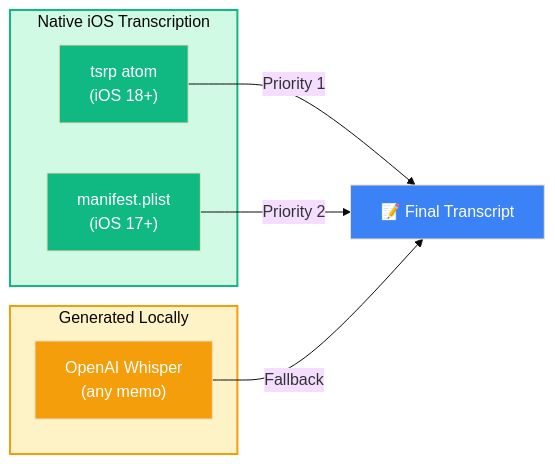
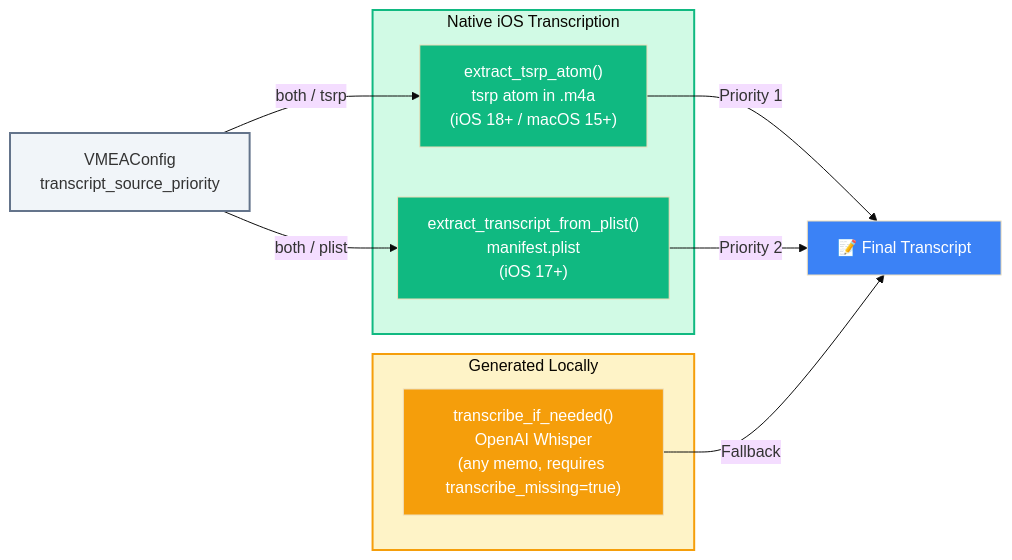
The diagram in docs/diagrams/transcript-source-priority-diagram.md (klappe-pm/Apple-Voice-Memo-Export-to-Markdown), drawn with Mermaid before and after one commit. The commit also changed other lines of this file and 12 other files, not shown here.

First line of the commit message:
Restructure docs: simplify README, add dedicated guide files, update diagrams

````diff
--- a/docs/diagrams/transcript-source-priority-diagram.md
+++ b/docs/diagrams/transcript-source-priority-diagram.md
@@ -5,24 +5,30 @@
 ```mermaid
 %%{init: {'theme': 'base'}}%%
 flowchart LR
+    CONFIG["VMEAConfig<br/>transcript_source_priority"]
+
     subgraph Native["Native iOS Transcription"]
-        TSRP["tsrp atom<br/>(iOS 18+)"]
-        PLIST["manifest.plist<br/>(iOS 17+)"]
+        TSRP["extract_tsrp_atom()<br/>tsrp atom in .m4a<br/>(iOS 18+ / macOS 15+)"]
+        PLIST["extract_transcript_from_plist()<br/>manifest.plist<br/>(iOS 17+)"]
     end
     
     subgraph Generated["Generated Locally"]
-        WHISPER["OpenAI Whisper<br/>(any memo)"]
+        WHISPER["transcribe_if_needed()<br/>OpenAI Whisper<br/>(any memo, requires transcribe_missing=true)"]
     end
+
+    CONFIG -->|"both / tsrp"| TSRP
+    CONFIG -->|"both / plist"| PLIST
     
     TSRP -->|"Priority 1"| TRANSCRIPT
     PLIST -->|"Priority 2"| TRANSCRIPT
     WHISPER -->|"Fallback"| TRANSCRIPT
     TRANSCRIPT["📝 Final Transcript"]
     
+    style CONFIG fill:#f1f5f9,stroke:#64748b,stroke-width:2px
     style Native fill:#d1fae5,stroke:#10b981,stroke-width:2px
     style Generated fill:#fef3c7,stroke:#f59e0b,stroke-width:2px
     style TSRP fill:#10b981,color:#fff
     style PLIST fill:#10b981,color:#fff
     style WHISPER fill:#f59e0b,color:#fff
     style TRANSCRIPT fill:#3b82f6,color:#fff
 ```
````
